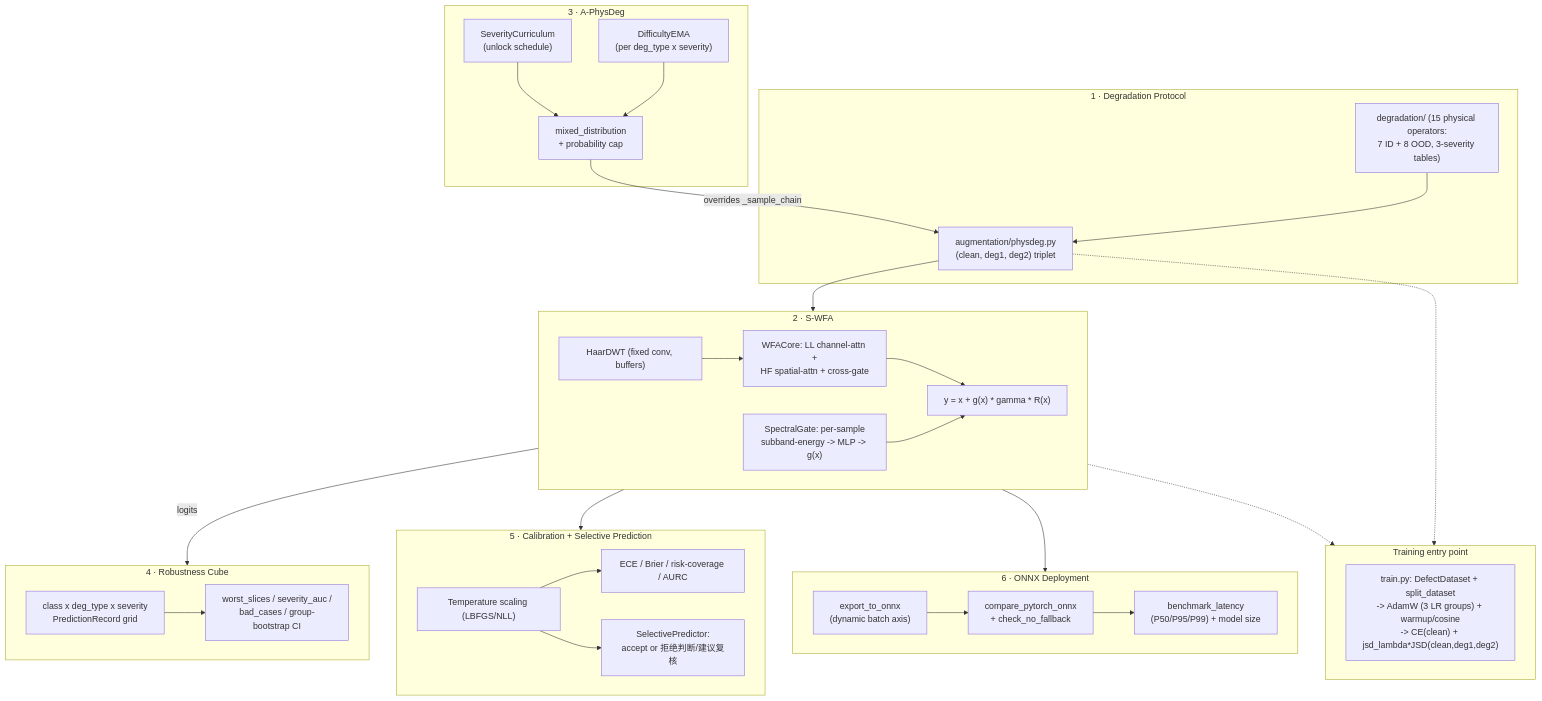
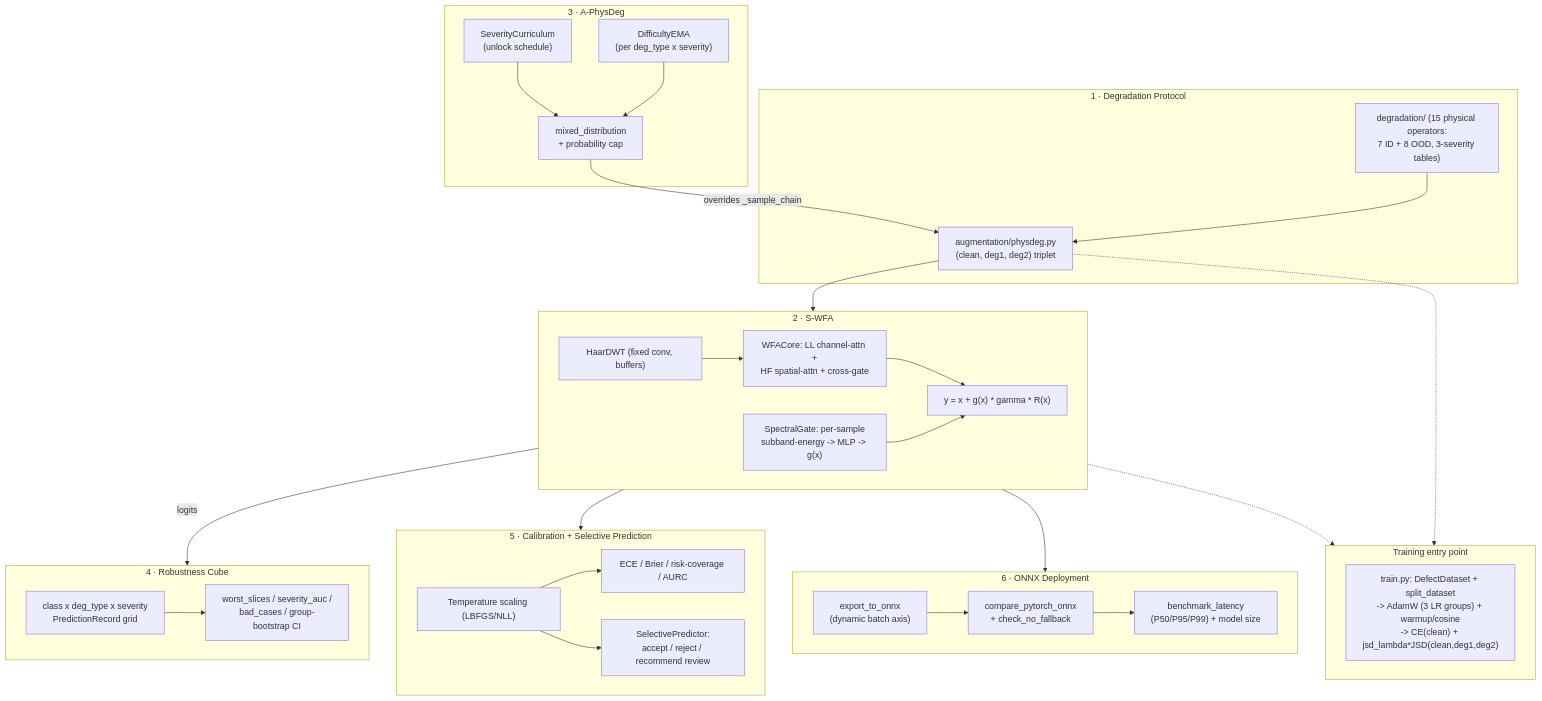
The diagram in README.md (z8ri/vision-robustness-toolkit), drawn with Mermaid before and after one commit. The commit also changed other lines of this file and 1 other file, not shown here.

````diff
--- a/README.md
+++ b/README.md
@@ -49,61 +49,61 @@
 ```mermaid
 flowchart TB
     subgraph Data["1 · Degradation Protocol"]
         DP["degradation/ (15 physical operators:<br/>7 ID + 8 OOD, 3-severity tables)"]
         PD["augmentation/physdeg.py<br/>(clean, deg1, deg2) triplet"]
         DP --> PD
     end
 
     subgraph Curriculum["3 · A-PhysDeg"]
         C1["SeverityCurriculum<br/>(unlock schedule)"]
         C2["DifficultyEMA<br/>(per deg_type x severity)"]
         C3["mixed_distribution<br/>+ probability cap"]
         C1 --> C3
         C2 --> C3
         C3 -->|overrides _sample_chain| PD
     end
 
     subgraph Model["2 · S-WFA"]
         M1["HaarDWT (fixed conv, buffers)"]
         M2["WFACore: LL channel-attn +<br/>HF spatial-attn + cross-gate"]
         M3["SpectralGate: per-sample<br/>subband-energy -> MLP -> g(x)"]
         M4["y = x + g(x) * gamma * R(x)"]
         M1 --> M2 --> M4
         M3 --> M4
     end
 
     PD --> Model
     Model -->|"logits"| Eval
 
     subgraph Eval["4 · Robustness Cube"]
         E1["class x deg_type x severity<br/>PredictionRecord grid"]
         E2["worst_slices / severity_auc /<br/>bad_cases / group-bootstrap CI"]
         E1 --> E2
     end
 
     subgraph Calib["5 · Calibration + Selective Prediction"]
         S1["Temperature scaling (LBFGS/NLL)"]
         S2["ECE / Brier / risk-coverage / AURC"]
-        S3["SelectivePredictor:<br/>accept or 拒绝判断/建议复核"]
+        S3["SelectivePredictor:<br/>accept / reject / recommend review"]
         S1 --> S2
         S1 --> S3
     end
 
     Model --> Calib
 
     subgraph Deploy["6 · ONNX Deployment"]
         D1["export_to_onnx<br/>(dynamic batch axis)"]
         D2["compare_pytorch_onnx<br/>+ check_no_fallback"]
         D3["benchmark_latency<br/>(P50/P95/P99) + model size"]
         D1 --> D2 --> D3
     end
 
     Model --> Deploy
 
     subgraph Train["Training entry point"]
         T1["train.py: DefectDataset + split_dataset<br/>-> AdamW (3 LR groups) + warmup/cosine<br/>-> CE(clean) + jsd_lambda*JSD(clean,deg1,deg2)"]
     end
 
     PD -.-> Train
     Model -.-> Train
 ```
````
